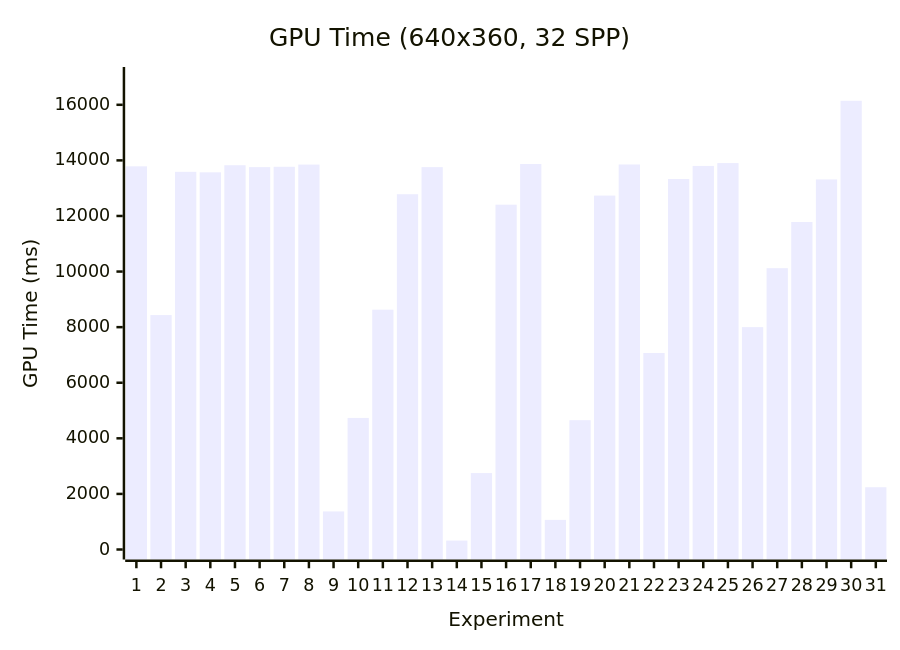
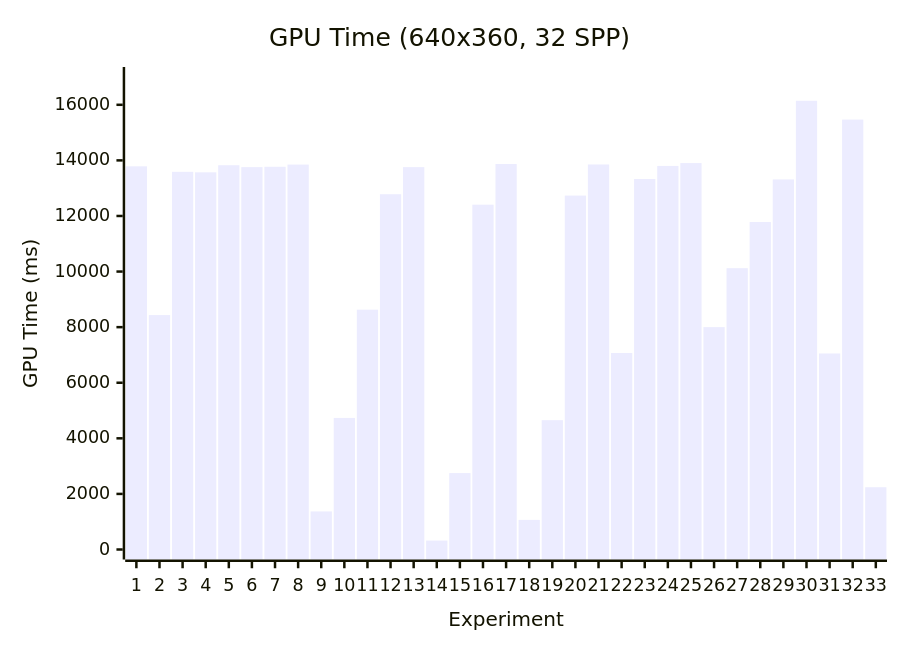
Before and after one commit to VENUSXK/pages: diagram 18 of 18 in content/docs/GaborRT/exp_2_gabor_fields_rendering_performance_analysis_and_ablation_studies.mdx, drawn with Mermaid. The commit also changed other lines of this file and 4 other files, not shown here.

````diff
--- a/content/docs/GaborRT/exp_2_gabor_fields_rendering_performance_analysis_and_ablation_studies.mdx
+++ b/content/docs/GaborRT/exp_2_gabor_fields_rendering_performance_analysis_and_ablation_studies.mdx
@@ -1151,7 +1361,7 @@
 ```mermaid
 xychart-beta
     title "GPU Time (640x360, 32 SPP)"
-    x-axis "Experiment" [1, 2, 3, 4, 5, 6, 7, 8, 9, 10, 11, 12, 13, 14, 15, 16, 17, 18, 19, 20, 21, 22, 23, 24, 25, 26, 27, 28, 29, 30, 31]
+    x-axis "Experiment" [1, 2, 3, 4, 5, 6, 7, 8, 9, 10, 11, 12, 13, 14, 15, 16, 17, 18, 19, 20, 21, 22, 23, 24, 25, 26, 27, 28, 29, 30, 31, 32, 33]
     y-axis "GPU Time (ms)" 0 --> 17000
-    bar [13786.08, 8434.24, 13588.84, 13571.05, 13825.45, 13756.72, 13769.01, 13849.29, 1370.48, 4734.41, 8627.91, 12781.81, 13758.01, 320.39, 2748.79, 12406.18, 13868.53, 1064.88, 4652.54, 12732.98, 13853.25, 7069.65, 13330.24, 13800.06, 13902.29, 8001.03, 10122.26, 11782.22, 13315.18, 16145.03, 2240.92]
+    bar [13786.08, 8434.24, 13588.84, 13571.05, 13825.45, 13756.72, 13769.01, 13849.29, 1370.48, 4734.41, 8627.91, 12781.81, 13758.01, 320.39, 2748.79, 12406.18, 13868.53, 1064.88, 4652.54, 12732.98, 13853.25, 7069.65, 13330.24, 13800.06, 13902.29, 8001.03, 10122.26, 11782.22, 13315.18, 16145.03, 7052.00, 15467.91, 2240.92]
 ```
````
